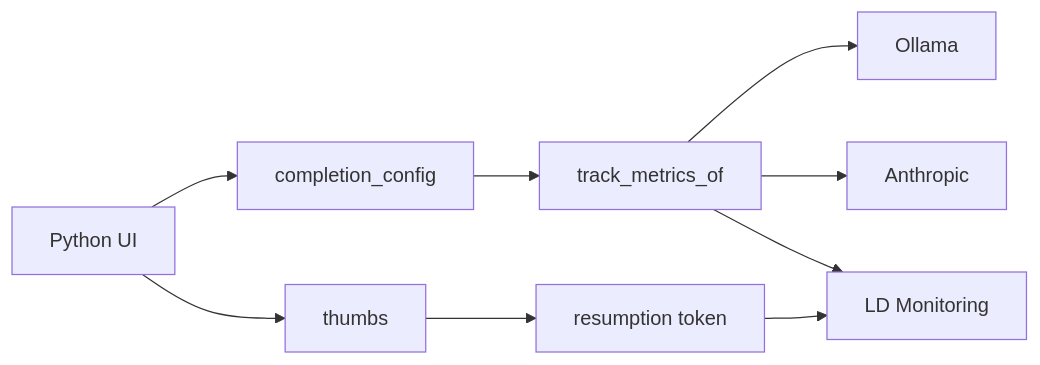
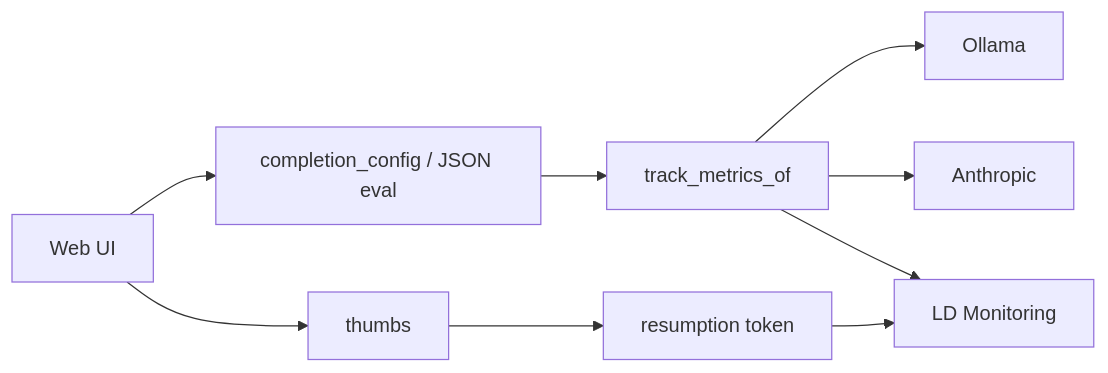
The diagram in 20-agent-config/22-config-outside-code/application.md (marcoman/lunch-marcoly), drawn with Mermaid before and after one commit. The commit also changed other lines of this file and 20 other files, not shown here.

````diff
--- a/20-agent-config/22-config-outside-code/application.md
+++ b/20-agent-config/22-config-outside-code/application.md
@@ -42,11 +42,11 @@
 ```mermaid
 flowchart LR
-  UI[Python UI] --> Eval[completion_config]
+  UI[Web UI] --> Eval[completion_config / JSON eval]
   Eval --> Track[track_metrics_of]
   Track --> Ollama[Ollama]
   Track --> Anthropic[Anthropic]
   Track --> Mon[LD Monitoring]
   UI --> FB[thumbs]
   FB --> Resume[resumption token]
   Resume --> Mon
 ```
````
